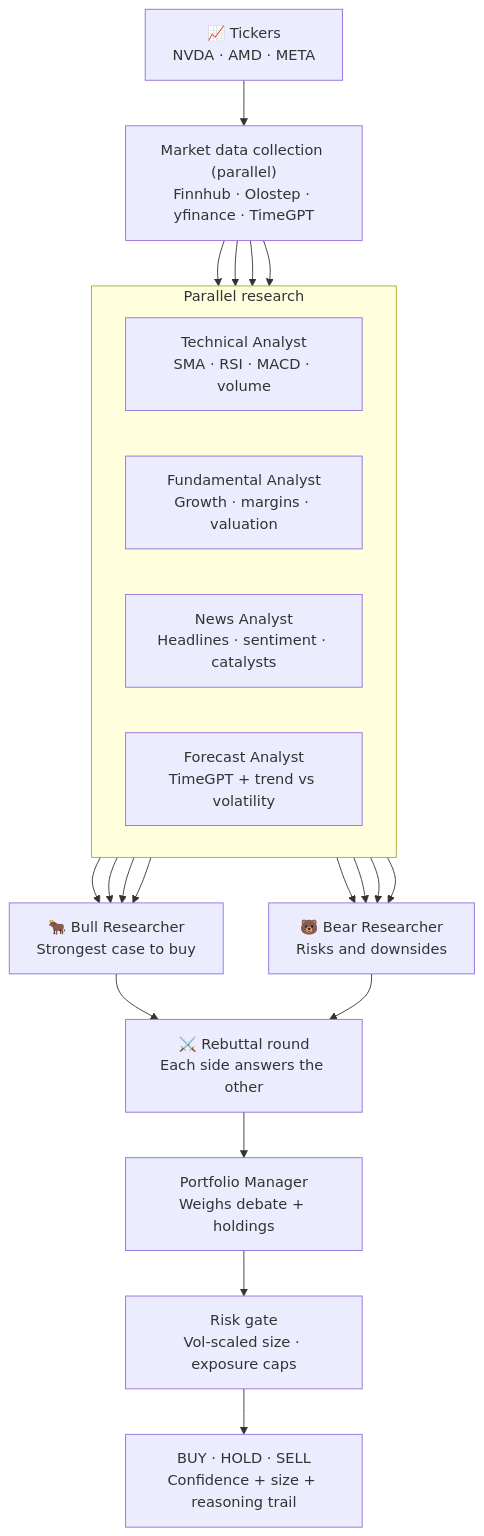
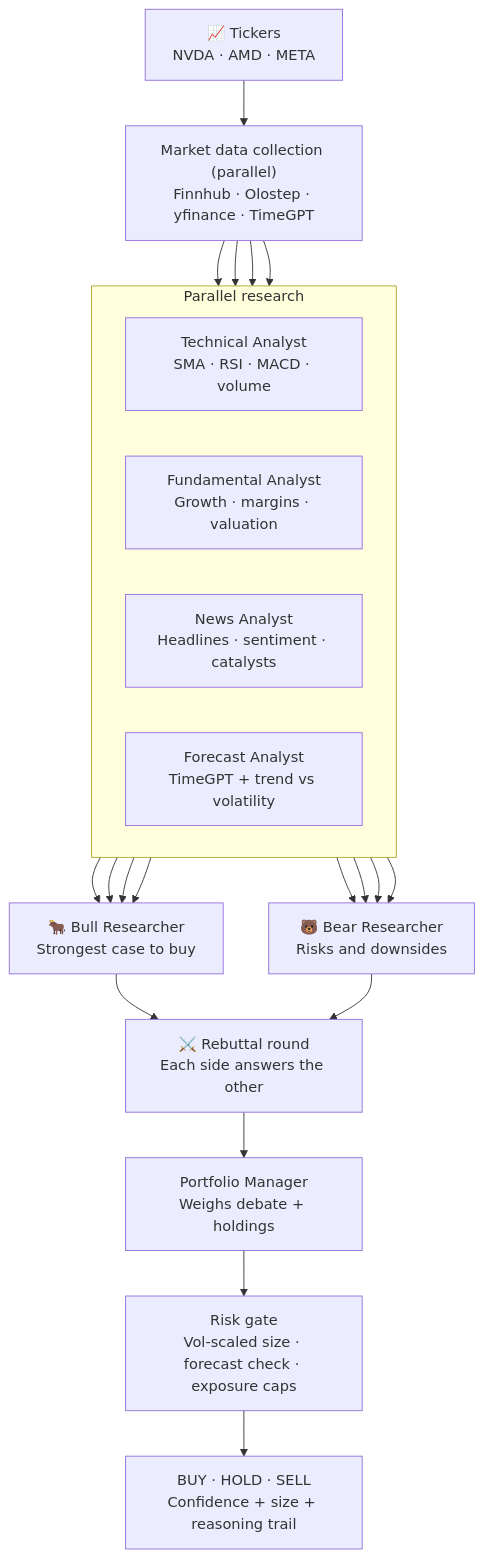
The diagram in README.md (kingabzpro/BetterTradingAgents), drawn with Mermaid before and after one commit. The commit also changed other lines of this file and 5 other files, not shown here.

First line of the commit message:
Make the risk gate forecast-aware

````diff
--- a/README.md
+++ b/README.md
@@ -49,33 +49,33 @@
 ```mermaid
 flowchart TD
     T["📈 Tickers<br/>NVDA · AMD · META"] --> D["Market data collection (parallel)<br/>Finnhub · Olostep · yfinance · TimeGPT"]
 
     subgraph Research[Parallel research]
         direction LR
         TA["Technical Analyst<br/>SMA · RSI · MACD · volume"]
         FA["Fundamental Analyst<br/>Growth · margins · valuation"]
         NA["News Analyst<br/>Headlines · sentiment · catalysts"]
         FC["Forecast Analyst<br/>TimeGPT + trend vs volatility"]
     end
 
     D --> TA
     D --> FA
     D --> NA
     D --> FC
 
     TA --> BULL["🐂 Bull Researcher<br/>Strongest case to buy"]
     FA --> BULL
     NA --> BULL
     FC --> BULL
     TA --> BEAR["🐻 Bear Researcher<br/>Risks and downsides"]
     FA --> BEAR
     NA --> BEAR
     FC --> BEAR
 
     BULL --> RB["⚔️ Rebuttal round<br/>Each side answers the other"]
     BEAR --> RB
 
     RB --> PM["Portfolio Manager<br/>Weighs debate + holdings"]
-    PM --> RISK["Risk gate<br/>Vol-scaled size · exposure caps"]
+    PM --> RISK["Risk gate<br/>Vol-scaled size · forecast check · exposure caps"]
     RISK --> RESULT["BUY · HOLD · SELL<br/>Confidence + size + reasoning trail"]
 ```
````
